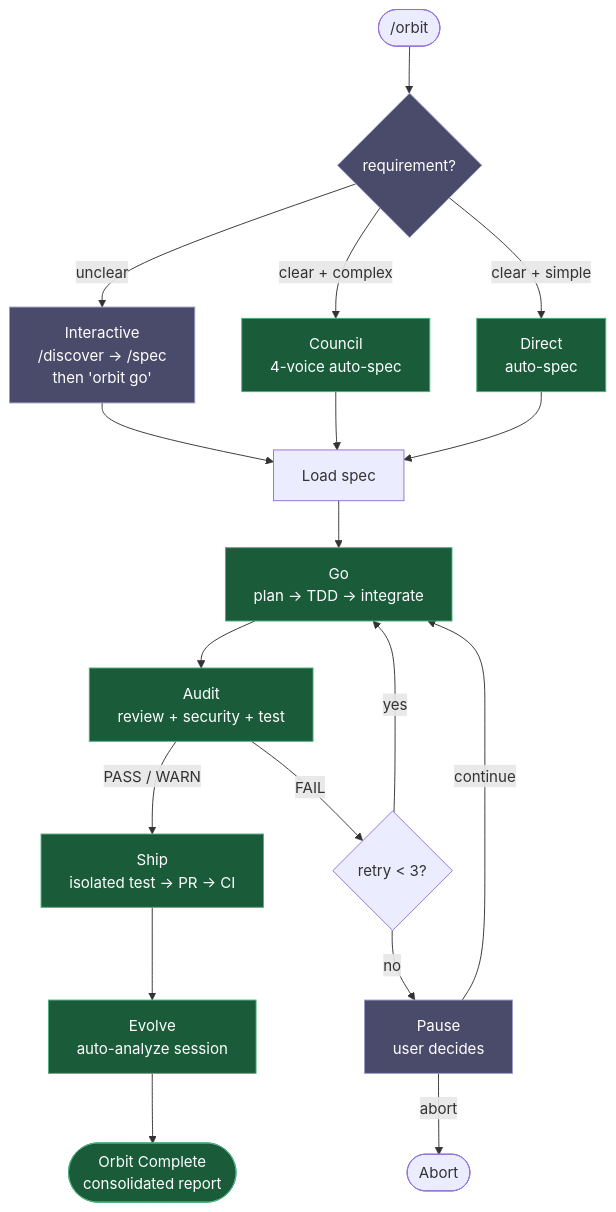
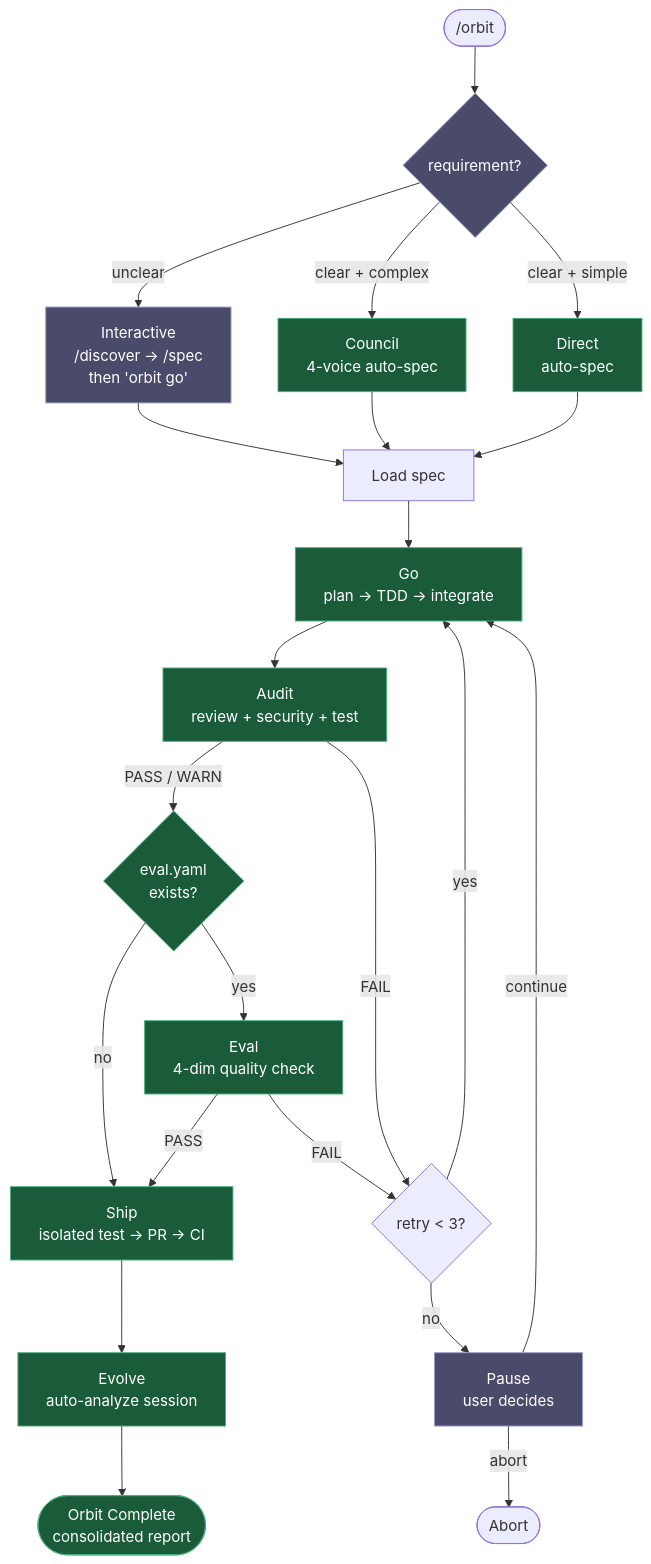
Before and after one commit to epicsagas/epic-harness: the first of 2 diagrams in README.md, drawn with Mermaid. The commit also changed other lines of this file and 10 other files, not shown here.

````diff
--- a/README.md
+++ b/README.md
@@ -201,23 +202,27 @@
 ```mermaid
 flowchart TD
     START(["/orbit"]) --> MODE{"requirement?"}:::human
     MODE -->|"unclear"| WAIT["Interactive\n/discover → /spec\nthen 'orbit go'"]:::human
     MODE -->|"clear + complex"| COUNCIL["Council\n4-voice auto-spec"]:::auto
     MODE -->|"clear + simple"| DIRECT["Direct\nauto-spec"]:::auto
     WAIT --> SPEC_LOAD["Load spec"]
     COUNCIL --> SPEC_LOAD
     DIRECT --> SPEC_LOAD
     SPEC_LOAD --> GO["Go\nplan → TDD → integrate"]:::auto
     GO --> AUDIT["Audit\nreview + security + test"]:::auto
-    AUDIT -->|"PASS / WARN"| SHIP["Ship\nisolated test → PR → CI"]:::auto
-    AUDIT -->|FAIL| RETRY{"retry < 3?"}
+    AUDIT -->|"PASS / WARN"| EVAL{"eval.yaml\nexists?"}:::auto
+    EVAL -->|"yes"| EVAL_RUN["Eval\n4-dim quality check"]:::auto
+    EVAL -->|"no"| SHIP["Ship\nisolated test → PR → CI"]:::auto
+    EVAL_RUN -->|"PASS"| SHIP
+    EVAL_RUN -->|"FAIL"| RETRY{"retry < 3?"}
+    AUDIT -->|FAIL| RETRY
     RETRY -->|yes| GO
     RETRY -->|no| PAUSE["Pause\nuser decides"]:::human
     PAUSE -->|continue| GO
     PAUSE -->|abort| ABORT(["Abort"])
     SHIP --> EVOLVE["Evolve\nauto-analyze session"]:::auto
     EVOLVE --> DONE(["Orbit Complete\nconsolidated report"]):::auto
 
     classDef human fill:#4a4a6a,stroke:#9b9bcc,color:#fff
     classDef auto  fill:#1a5c3a,stroke:#4caf7d,color:#fff
 ```
````
